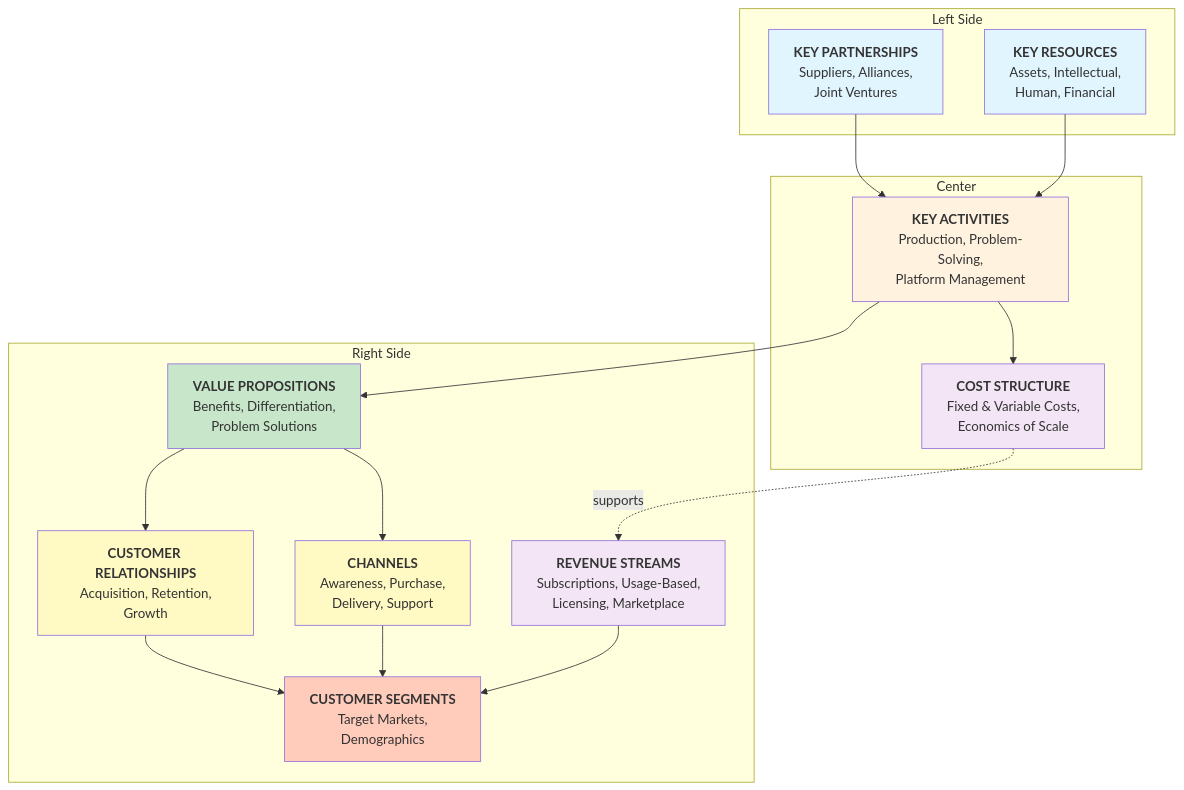
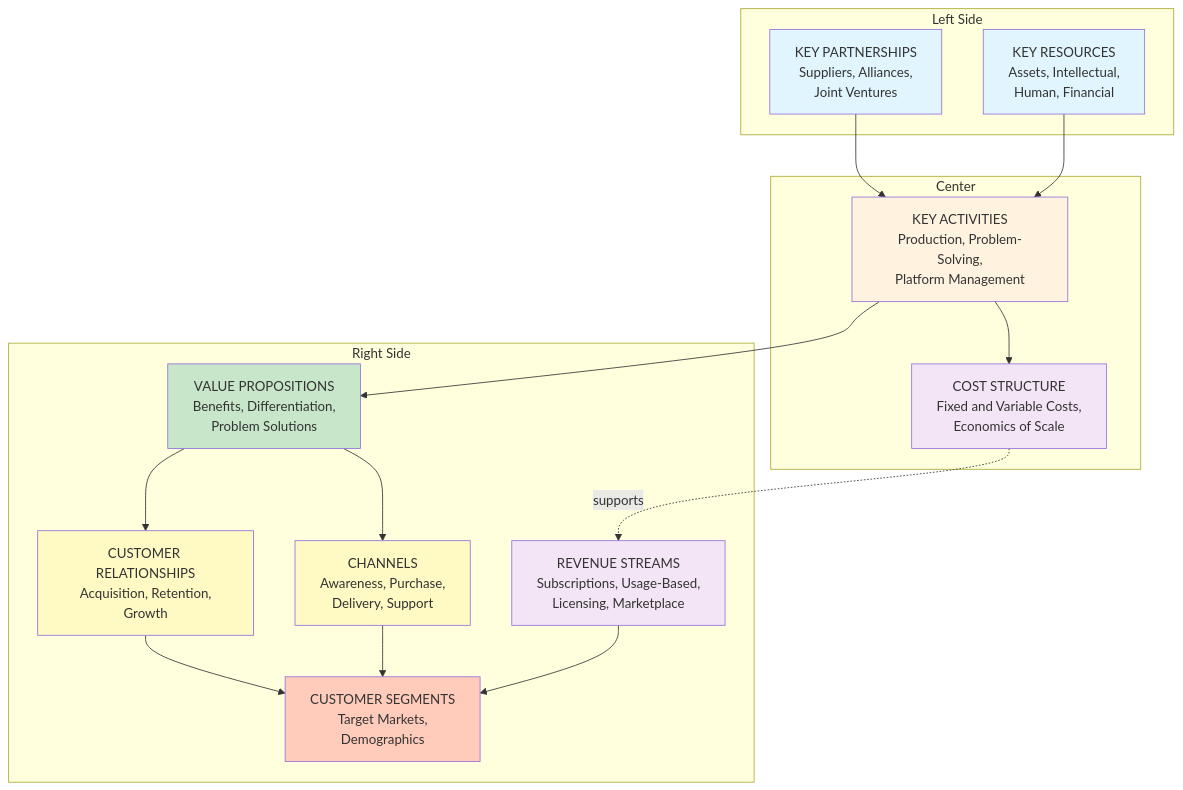
One commit to tableaprogramming-rgb/business-model-canvas changed the first of 3 diagrams in Business_Model_Canvas_Guide.md. Above: the diagram before and after it, drawn with Mermaid. The commit also changed other lines of this file and 2 other files, not shown here.

Commit message:
Fix Mermaid diagram syntax errors - remove special characters, HTML tags, and special symbols

````diff
--- a/Business_Model_Canvas_Guide.md
+++ b/Business_Model_Canvas_Guide.md
@@ -31,41 +31,41 @@
 ```mermaid
 graph TB
     subgraph Left["Left Side"]
-        KP["<b>KEY PARTNERSHIPS</b><br/>Suppliers, Alliances,<br/>Joint Ventures"]
-        KR["<b>KEY RESOURCES</b><br/>Assets, Intellectual,<br/>Human, Financial"]
+        KP["KEY PARTNERSHIPS<br/>Suppliers, Alliances,<br/>Joint Ventures"]
+        KR["KEY RESOURCES<br/>Assets, Intellectual,<br/>Human, Financial"]
     end
 
     subgraph Middle["Center"]
-        KA["<b>KEY ACTIVITIES</b><br/>Production, Problem-Solving,<br/>Platform Management"]
-        CS["<b>COST STRUCTURE</b><br/>Fixed & Variable Costs,<br/>Economics of Scale"]
+        KA["KEY ACTIVITIES<br/>Production, Problem-Solving,<br/>Platform Management"]
+        CS["COST STRUCTURE<br/>Fixed and Variable Costs,<br/>Economics of Scale"]
     end
 
     subgraph Right["Right Side"]
-        VP["<b>VALUE PROPOSITIONS</b><br/>Benefits, Differentiation,<br/>Problem Solutions"]
-        CR["<b>CUSTOMER RELATIONSHIPS</b><br/>Acquisition, Retention,<br/>Growth"]
-        Chan["<b>CHANNELS</b><br/>Awareness, Purchase,<br/>Delivery, Support"]
-        RS["<b>REVENUE STREAMS</b><br/>Subscriptions, Usage-Based,<br/>Licensing, Marketplace"]
-        CustSeg["<b>CUSTOMER SEGMENTS</b><br/>Target Markets,<br/>Demographics"]
+        VP["VALUE PROPOSITIONS<br/>Benefits, Differentiation,<br/>Problem Solutions"]
+        CR["CUSTOMER RELATIONSHIPS<br/>Acquisition, Retention,<br/>Growth"]
+        Chan["CHANNELS<br/>Awareness, Purchase,<br/>Delivery, Support"]
+        RS["REVENUE STREAMS<br/>Subscriptions, Usage-Based,<br/>Licensing, Marketplace"]
+        CustSeg["CUSTOMER SEGMENTS<br/>Target Markets,<br/>Demographics"]
     end
 
     KP --> KA
     KR --> KA
     KA --> VP
     KA --> CS
     VP --> CR
     CR --> CustSeg
     VP --> Chan
     Chan --> CustSeg
     RS --> CustSeg
     CS -.->|supports| RS
 
     style KP fill:#e1f5ff
     style KR fill:#e1f5ff
     style KA fill:#fff3e0
     style CS fill:#f3e5f5
     style VP fill:#c8e6c9
     style CR fill:#fff9c4
     style Chan fill:#fff9c4
     style RS fill:#f3e5f5
     style CustSeg fill:#ffccbc
 ```
````
